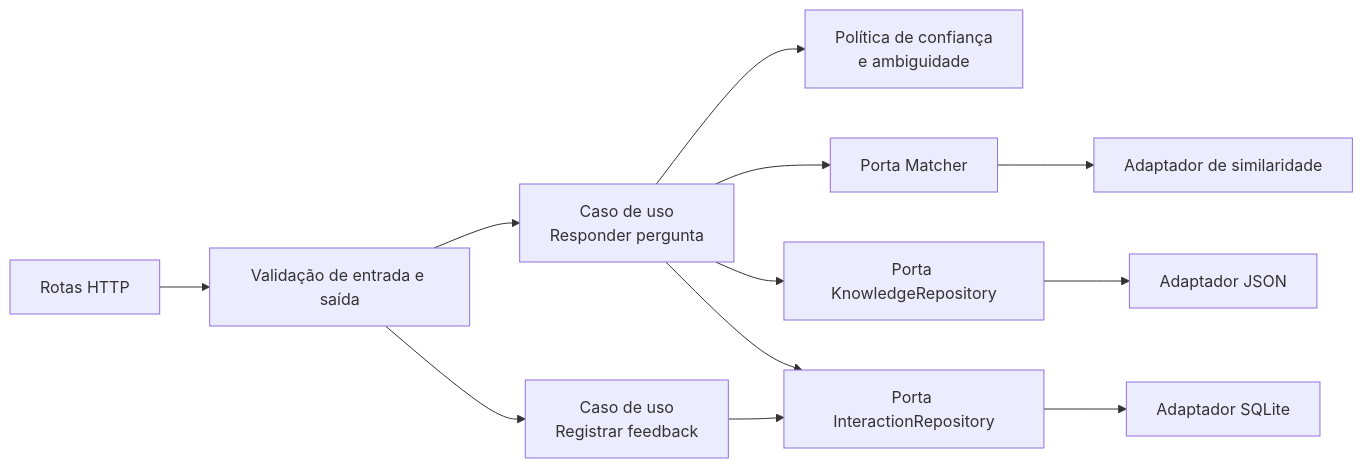
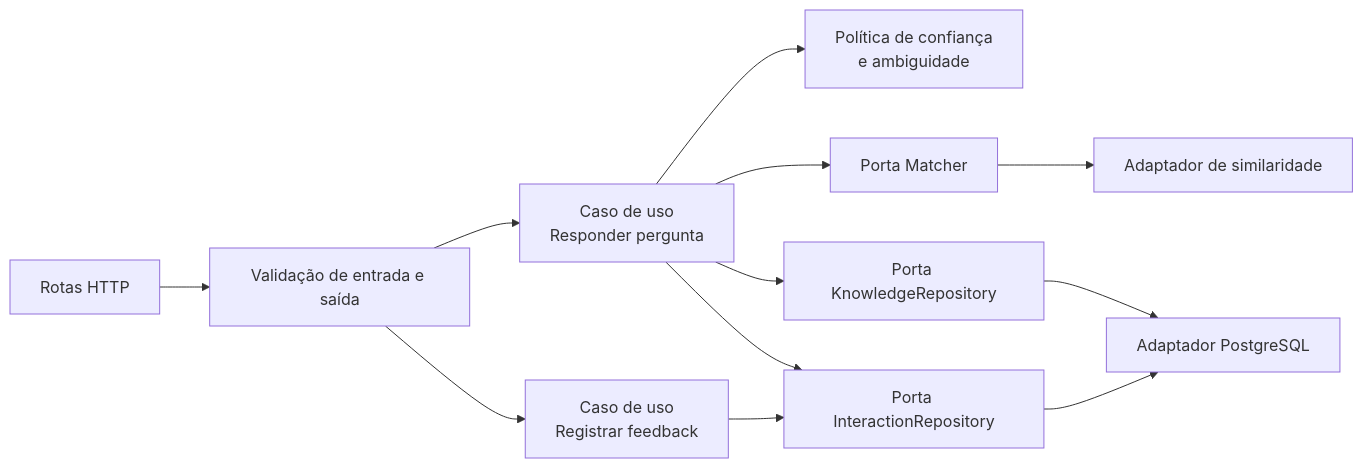
The third of 7 diagrams in docs/ARQUITETURA.md (walkermooore/chatbot-aginov), drawn with Mermaid before and after one commit. The commit also changed other lines of this file and 3 other files, not shown here.

Commit message:
docs: adota PostgreSQL na arquitetura

````diff
--- a/docs/ARQUITETURA.md
+++ b/docs/ARQUITETURA.md
@@ -97,14 +94,14 @@
 ```mermaid
 flowchart LR
     ROUTES[Rotas HTTP] --> DTO[Validação de entrada e saída]
     DTO --> ASK[Caso de uso<br/>Responder pergunta]
     DTO --> FEED[Caso de uso<br/>Registrar feedback]
     ASK --> POLICY[Política de confiança<br/>e ambiguidade]
     ASK --> MATCH[Porta Matcher]
     ASK --> KNOW[Porta KnowledgeRepository]
     ASK --> EVENT[Porta InteractionRepository]
     FEED --> EVENT
     MATCH --> MATCHER[Adaptador de similaridade]
-    KNOW --> JSON[Adaptador JSON]
-    EVENT --> SQLITE[Adaptador SQLite]
+    KNOW --> POSTGRES[Adaptador PostgreSQL]
+    EVENT --> POSTGRES
 ```
````
